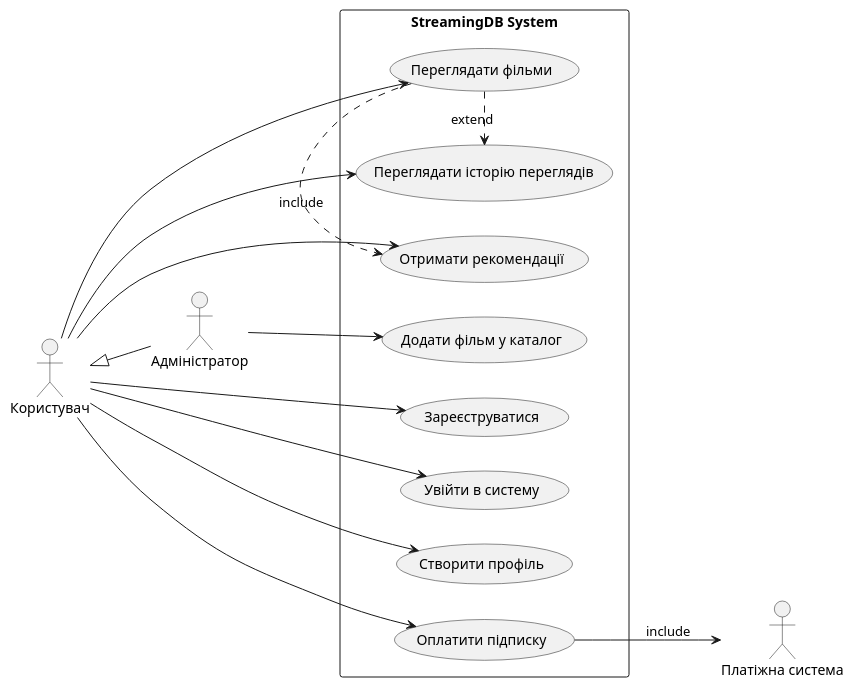
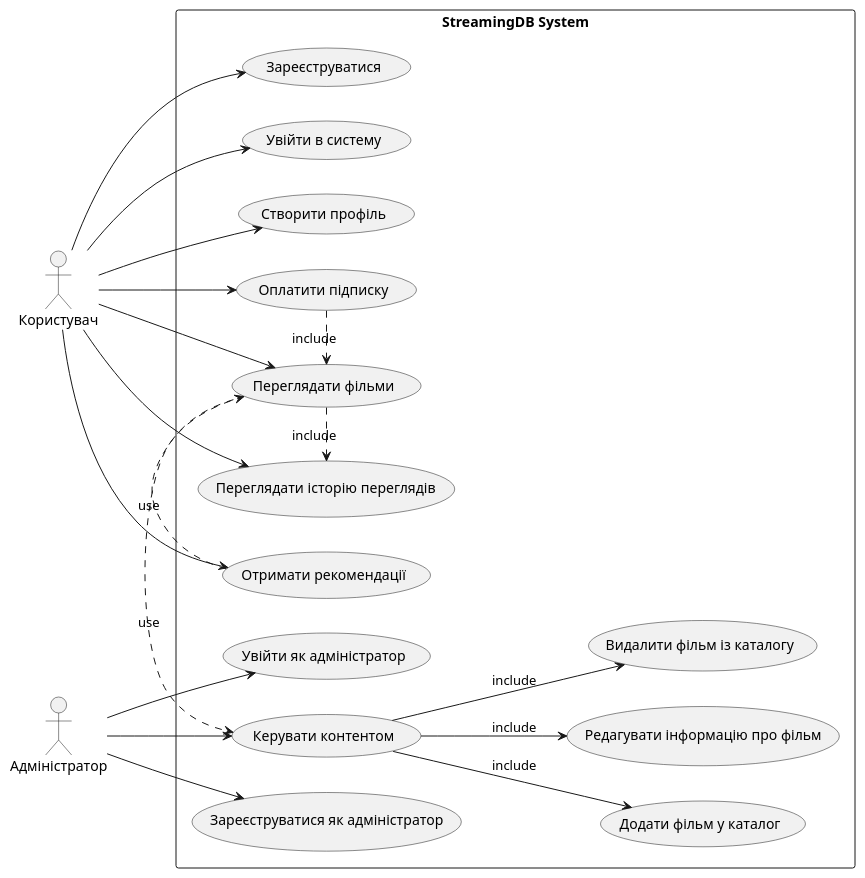
One commit to nikita4880/KPI_Components-of-software-engineering_labs changed the diagram in StreamingDBUseCaseDiagram.puml. Above: the diagram before and after it, drawn with PlantUML. The commit also changed 7 other files, not shown here.

```diff
--- a/StreamingDBUseCaseDiagram.puml
+++ b/StreamingDBUseCaseDiagram.puml
@@ -1,35 +1,50 @@
 @startuml
 left to right direction
 
 actor "Користувач" as User
-actor "Платіжна система" as PaymentSystem
 actor "Адміністратор" as Admin
-
-' успадкування акторів
-User <|-- Admin
 
 rectangle "StreamingDB System" {
   (Зареєструватися) as UC1
   (Увійти в систему) as UC2
   (Переглядати фільми) as UC3
   (Переглядати історію переглядів) as UC4
   (Створити профіль) as UC5
   (Оплатити підписку) as UC6
   (Отримати рекомендації) as UC7
+
+  (Зареєструватися як адміністратор) as UC9
+  (Увійти як адміністратор) as UC10
+  (Керувати контентом) as UC11
   (Додати фільм у каталог) as UC8
+  (Редагувати інформацію про фільм) as UC12
+  (Видалити фільм із каталогу) as UC13
 }
 
+' Дії користувача
 User --> UC1
 User --> UC2
 User --> UC3
 User --> UC4
 User --> UC5
 User --> UC6
 User --> UC7
 
-UC6 --> PaymentSystem : include
-Admin --> UC8
+UC6 .> UC3 : include
 
-UC3 .> UC4 : extend
-UC3 .> UC7 : include
+UC3 .> UC4 : include
+UC7 .> UC3 : use
+
+
+UC3 .> UC11: use
+
+' Дії адміністратора
+Admin --> UC9
+Admin --> UC10
+Admin --> UC11
+
+' Взаємозв'язки для керування контентом
+UC11 --> UC8 : include
+UC11 --> UC12 : include
+UC11 --> UC13 : include
 @enduml
```
